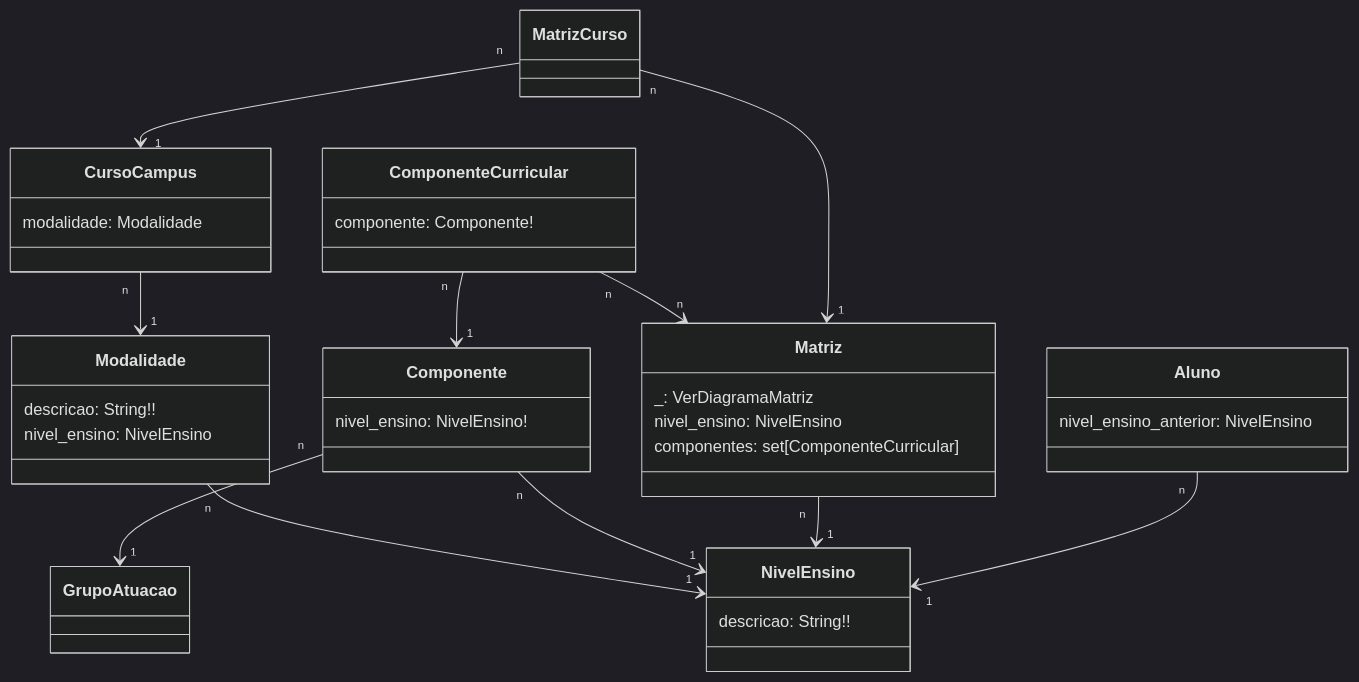
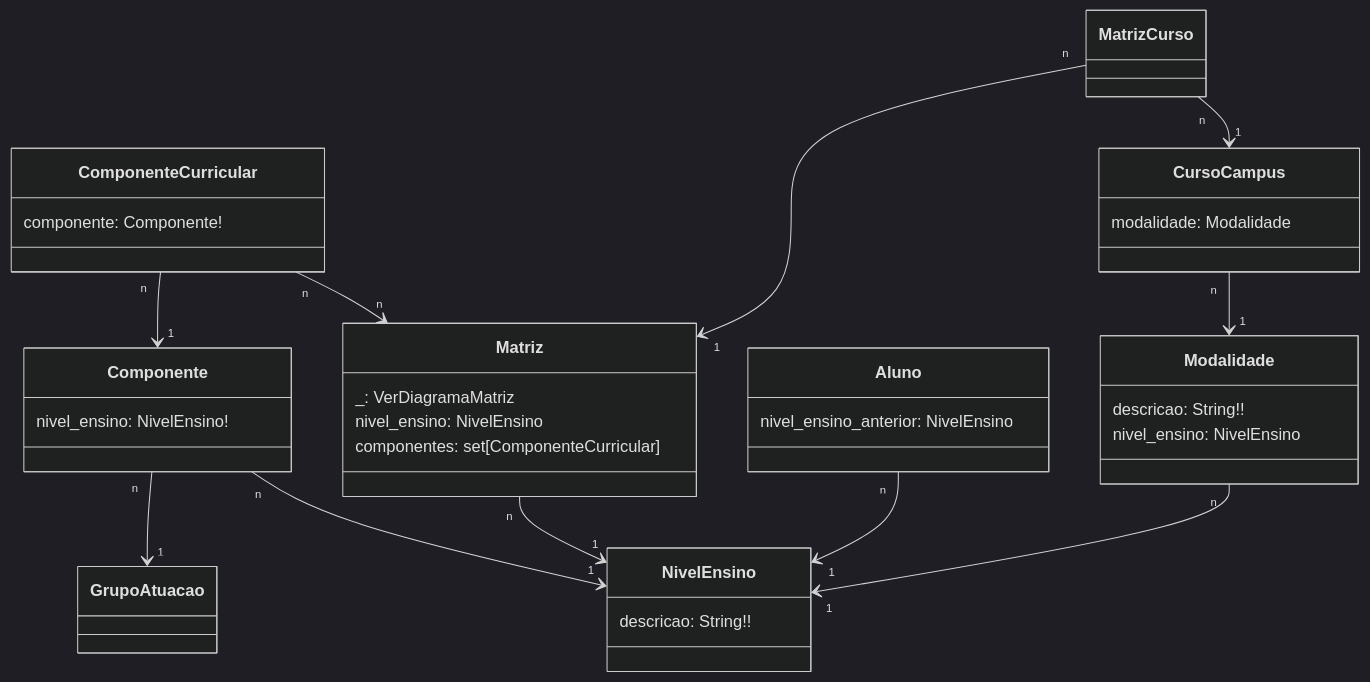
The second of 2 diagrams in suap/modelo_edu_dupla_referencia.md (cte-zl-ifrn/cte-zl-ifrn.github.io), drawn with Mermaid (dark theme) before and after one commit. The commit also changed other lines of this file, not shown here.

````diff
--- a/suap/modelo_edu_dupla_referencia.md
+++ b/suap/modelo_edu_dupla_referencia.md
@@ -34,44 +34,44 @@
 ```mermaid
 classDiagram
     class NivelEnsino {
         descricao: String!!
     }
     class Modalidade{
         descricao: String!!
         nivel_ensino: NivelEnsino
     }
     class Componente {
         nivel_ensino: NivelEnsino!
     }
     class ComponenteCurricular {
         componente: Componente!
     }
     class Matriz {
         _: VerDiagramaMatriz
         nivel_ensino: NivelEnsino
         componentes: set[ComponenteCurricular]
     }
     class Aluno {
         nivel_ensino_anterior: NivelEnsino
     }
     class CursoCampus{
         modalidade: Modalidade
     }
 
-    CursoCampus "n" --> "1" Modalidade
-    
-    Modalidade "n" --> "1" NivelEnsino
-
     Componente "n" --> "1" NivelEnsino
     Componente "n" --> "1" GrupoAtuacao
 
     Matriz "n" --> "1" NivelEnsino
 
     Aluno "n" --> "1" NivelEnsino
 
     ComponenteCurricular "n" --> "1" Componente
     ComponenteCurricular "n" --> "n" Matriz
 
     MatrizCurso "n" --> "1" CursoCampus
     MatrizCurso "n" --> "1" Matriz
+
+    CursoCampus "n" --> "1" Modalidade
+    
+    Modalidade "n" --> "1" NivelEnsino
 ```
````
